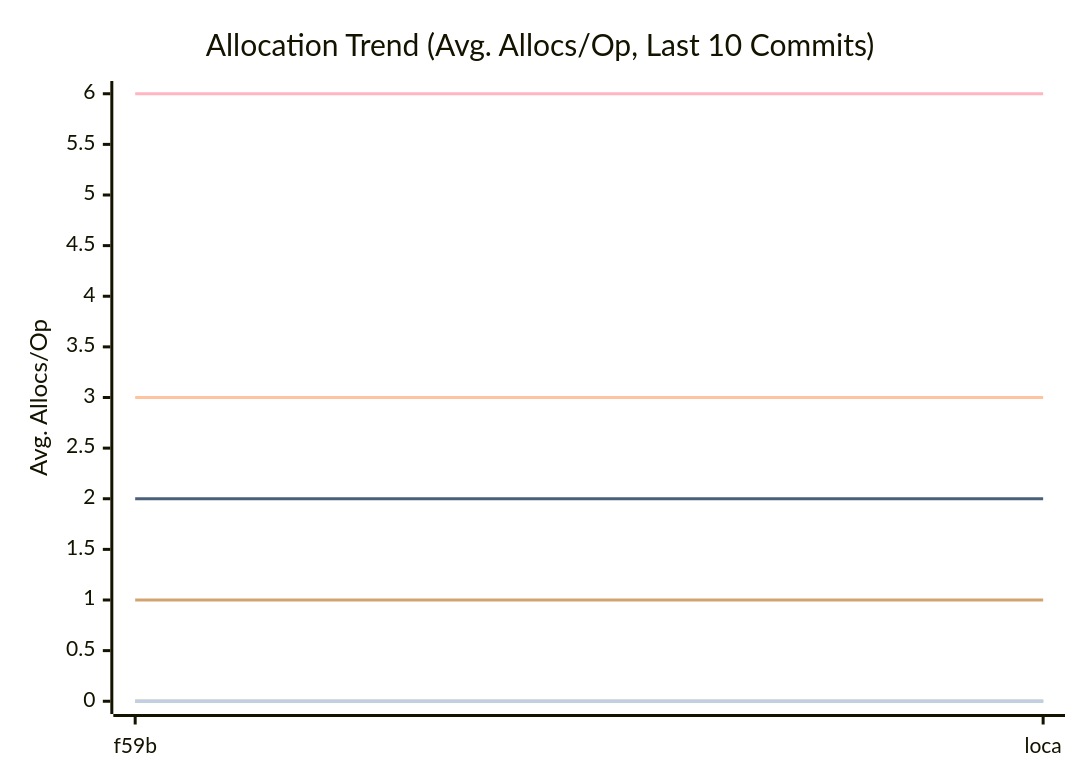
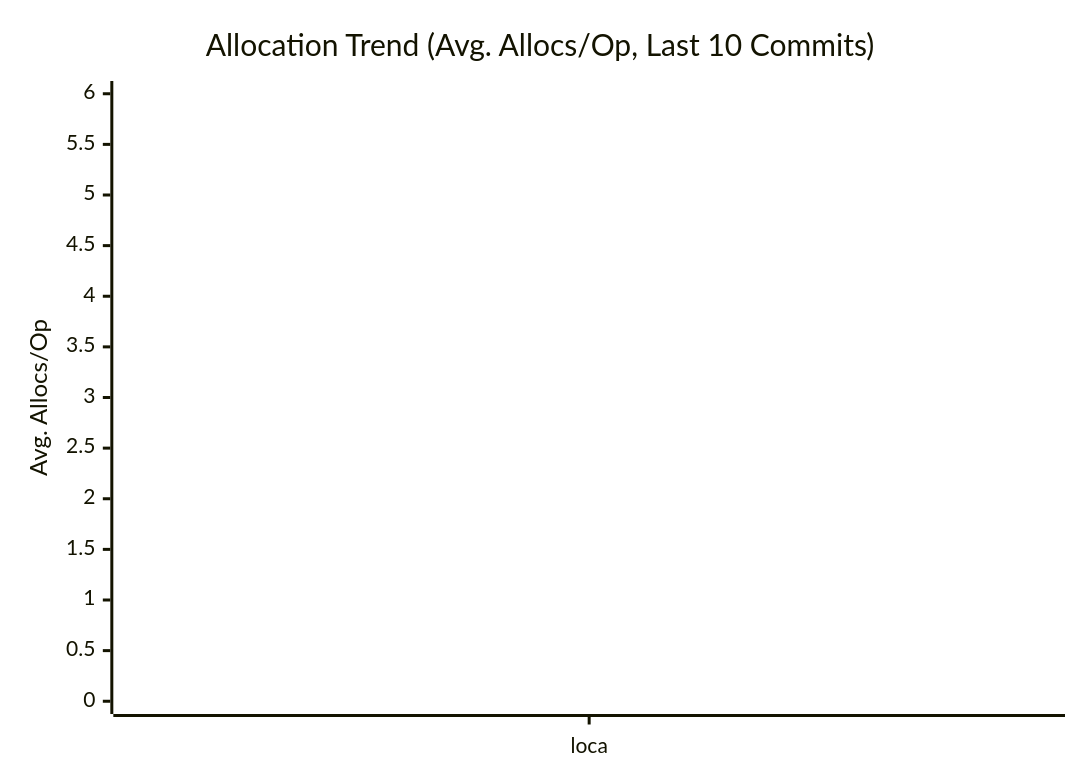
The third of 3 diagrams in docs/PERFORMANCE.md (alsotoes/momo), drawn with Mermaid before and after one commit. The commit also changed other lines of this file and 2 other files, not shown here.

````diff
--- a/docs/PERFORMANCE.md
+++ b/docs/PERFORMANCE.md
@@ -114,16 +114,16 @@
 ```mermaid
 xychart-beta
     title "Allocation Trend (Avg. Allocs/Op, Last 10 Commits)"
     x-axis "Commit"
     y-axis "Avg. Allocs/Op"
-    x-axis [f59b,loca]
+    x-axis [loca]
     line "CheckMetricsAndSwap" [0,0,0,0,0,0,0,0,0,0]
     line "CrushOptimized" [0,0,0,0,0,0,0,0,0,0]
     line "CrushOriginal" [3,3,3,3,3,3,3,3,3,3]
     line "IndexDirectTracking" [0,0,0,0,0,0,0,0,0,0]
     line "IndexSearch" [0,0,0,0,0,0,0,0,0,0]
     line "LoadGlobalConfig" [1,1,1,1,1,1,1,1,1,1]
     line "PadString" [0,0,0,0,0,0,0,0,0,0]
     line "ParseReplicationOrder_NoPrealloc" [6,6,6,6,6,5,5,5,5,5]
     line "ParseReplicationOrder_Prealloc" [2,2,2,2,2,1,1,1,1,1]
 ```
````
